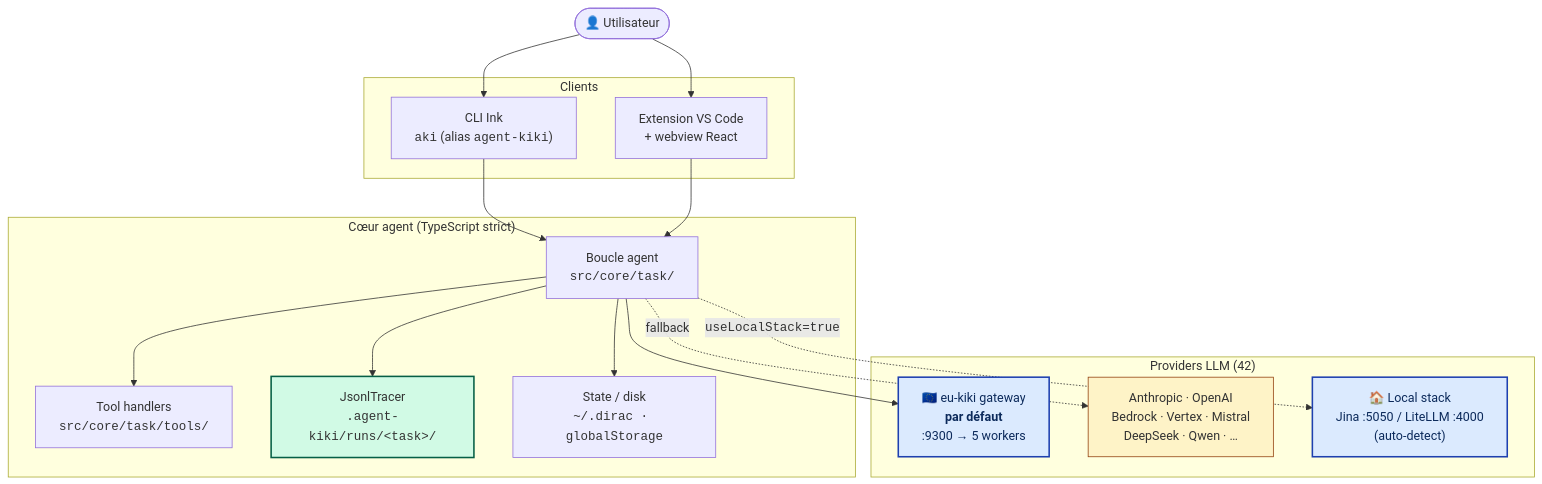
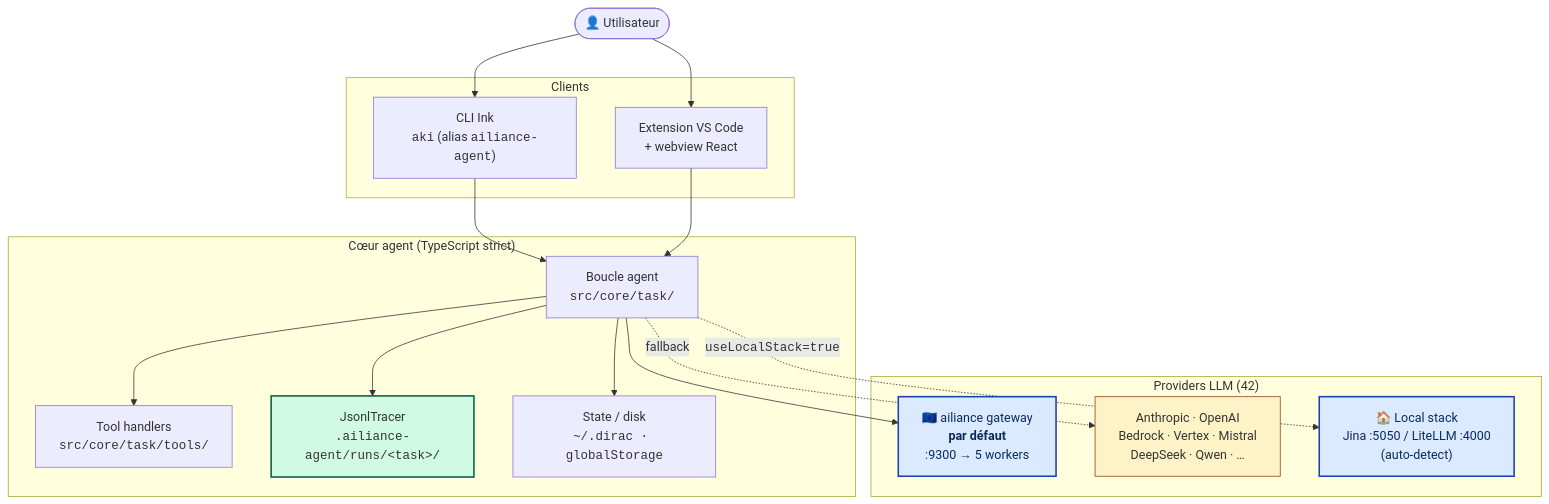
Before and after one commit to ailiance/ailiance-agent: the first of 5 diagrams in README.md, drawn with Mermaid. The commit also changed other lines of this file and 90 other files, not shown here.

````diff
--- a/README.md
+++ b/README.md
@@ -30,40 +30,40 @@
 ```mermaid
 flowchart TB
     user([👤 Utilisateur])
 
     subgraph clients["Clients"]
-        cli["CLI Ink<br/><code>aki</code> (alias <code>agent-kiki</code>)"]
+        cli["CLI Ink<br/><code>aki</code> (alias <code>ailiance-agent</code>)"]
         vscode["Extension VS Code<br/>+ webview React"]
     end
 
     subgraph core["Cœur agent (TypeScript strict)"]
         loop["Boucle agent<br/><code>src/core/task/</code>"]
         tools["Tool handlers<br/><code>src/core/task/tools/</code>"]
-        tracer["JsonlTracer<br/><code>.agent-kiki/runs/&lt;task&gt;/</code>"]
+        tracer["JsonlTracer<br/><code>.ailiance-agent/runs/&lt;task&gt;/</code>"]
         store["State / disk<br/><code>~/.dirac · globalStorage</code>"]
         loop --> tools
         loop --> tracer
         loop --> store
     end
 
     subgraph providers["Providers LLM (42)"]
-        eukiki["🇪🇺 eu-kiki gateway<br/><b>par défaut</b><br/>:9300 → 5 workers"]
+        ailiance["🇪🇺 ailiance gateway<br/><b>par défaut</b><br/>:9300 → 5 workers"]
         cloud["Anthropic · OpenAI<br/>Bedrock · Vertex · Mistral<br/>DeepSeek · Qwen · …"]
         local["🏠 Local stack<br/>Jina :5050 / LiteLLM :4000<br/>(auto-detect)"]
     end
 
     user --> cli
     user --> vscode
     cli --> loop
     vscode --> loop
-    loop --> eukiki
+    loop --> ailiance
     loop -.->|fallback| cloud
     loop -.->|<code>useLocalStack=true</code>| local
 
     classDef sov fill:#dbeafe,stroke:#1e40af,stroke-width:2px,color:#0c2a5b
     classDef ext fill:#fef3c7,stroke:#92400e
     classDef audit fill:#d1fae5,stroke:#065f46,stroke-width:2px
-    class eukiki,local sov
+    class ailiance,local sov
     class cloud ext
     class tracer audit
 ```
````
